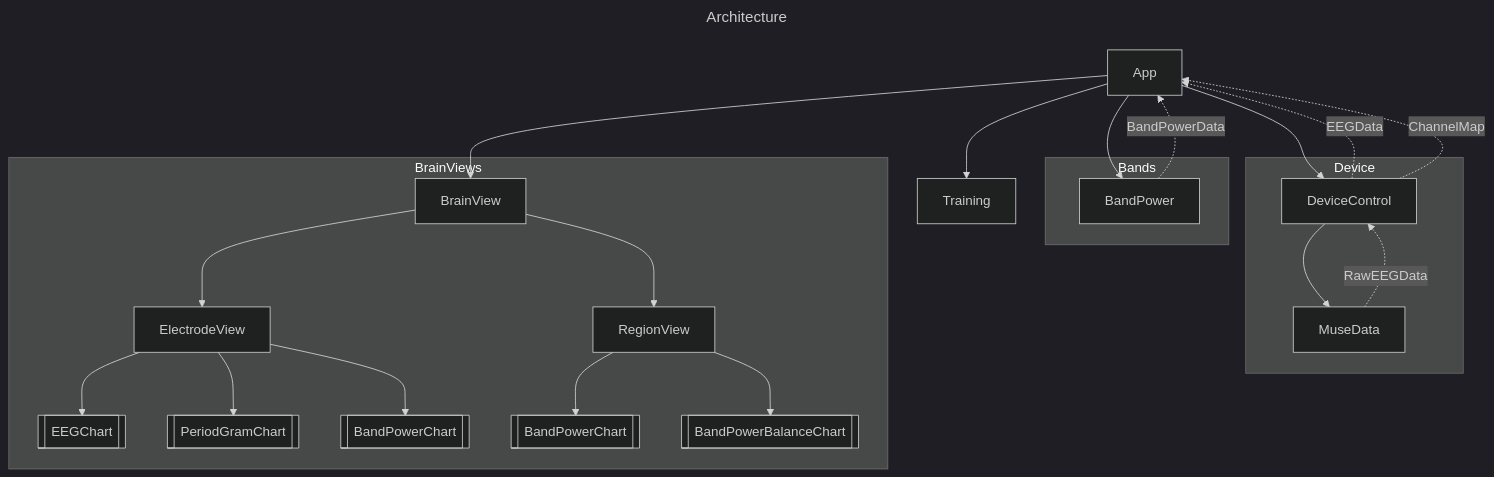
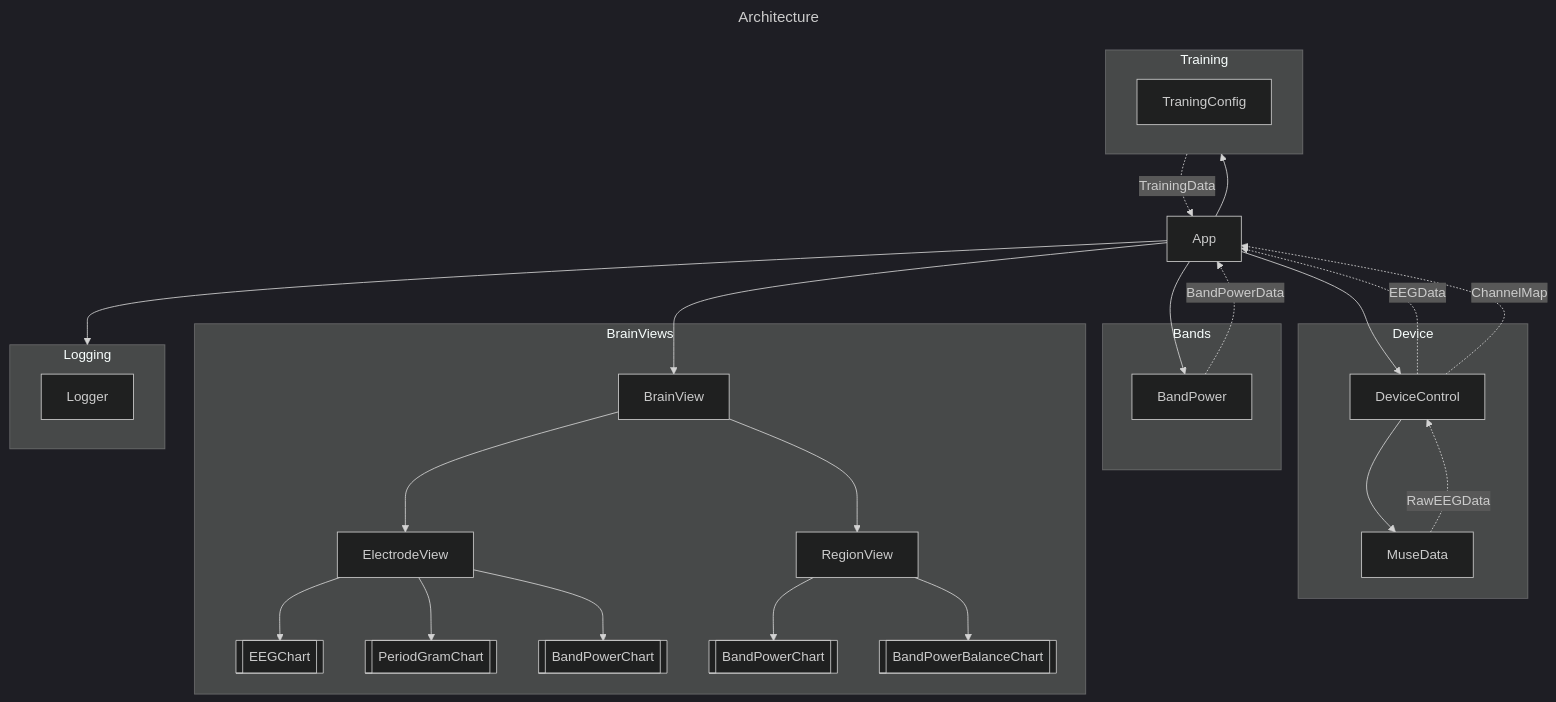
One commit to mtippett/meditrain changed the diagram in docs/architecture.md. Above: the diagram before and after it, drawn with Mermaid (dark theme). The commit also changed other lines of this file, not shown here.

````diff
--- a/docs/architecture.md
+++ b/docs/architecture.md
@@ -1,44 +2,53 @@
 ```mermaid
 ---
 title: Architecture
 ---
 graph TB
     App --> DeviceControl
 
     App --> BrainView
     App-->BandPower
-
     App --> Training
+    App --> Logging
 
     
     subgraph Device
         DeviceControl-->MuseData
     end
 
     subgraph Bands
         BandPower
     end
 
 
     subgraph BrainViews
         EEGChart[[EEGChart]]
         PeriodGramChart[[PeriodGramChart]]
         ElectrodeBandPowerChart[[BandPowerChart]]
         RegionBandPowerChart[[BandPowerChart]]
         BandPowerBalanceChart[[BandPowerBalanceChart]]
         BrainView-->ElectrodeView
         ElectrodeView-->EEGChart
         ElectrodeView-->PeriodGramChart
         ElectrodeView-->ElectrodeBandPowerChart
         BrainView-->RegionView
         RegionView-->RegionBandPowerChart
         RegionView-->BandPowerBalanceChart
 
     end
 
+    subgraph Training
+        TraningConfig
+    end
+
+    subgraph Logging
+        Logger
+    end
+
     MuseData -.-> |RawEEGData|DeviceControl
     DeviceControl -.-> |EEGData|App
     DeviceControl -.-> |ChannelMap|App
     BandPower -.-> |BandPowerData|App
+    Training -.-> |TrainingData|App
 
 ```
````
